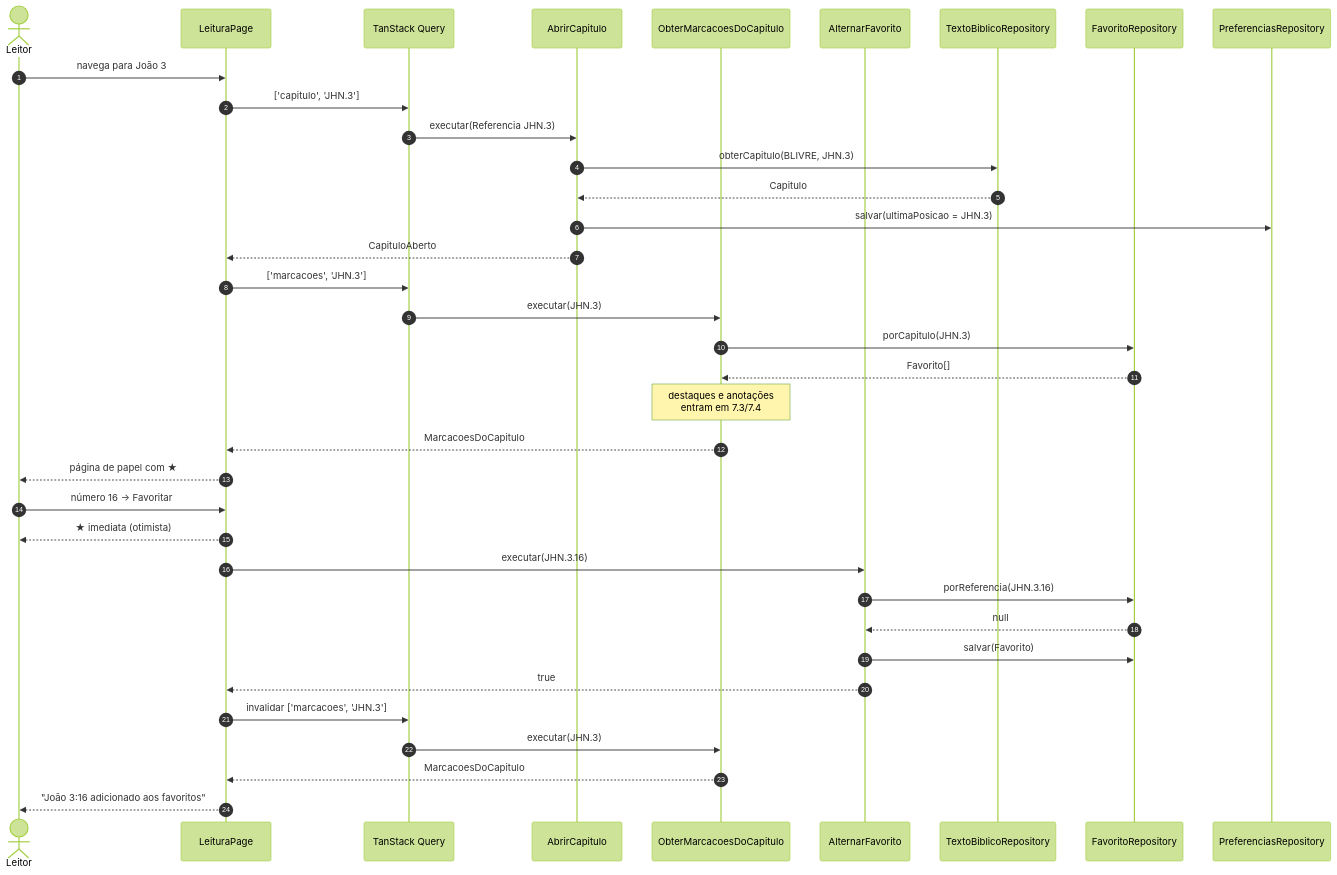
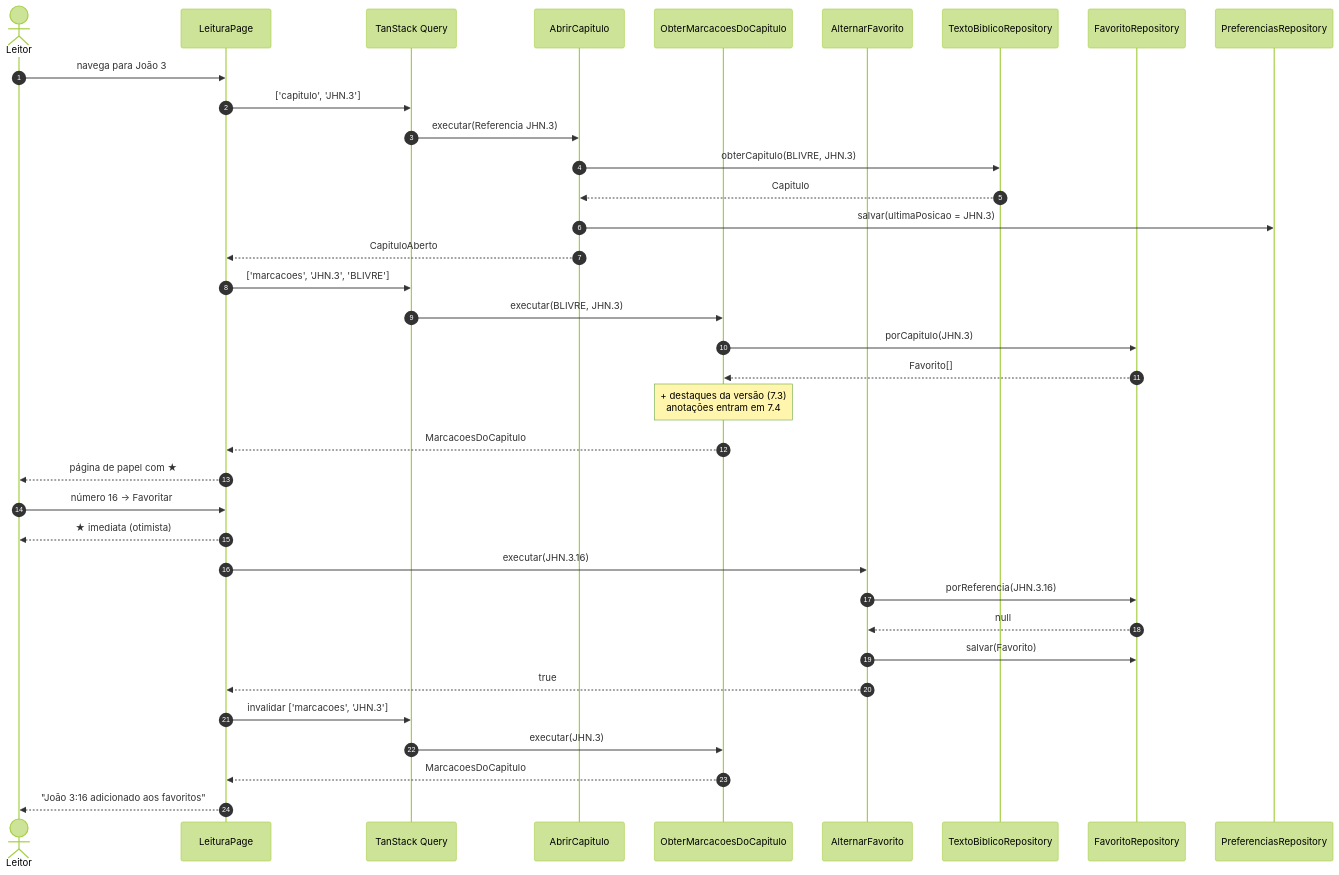
Before and after one commit to edioilha/biblia-app: the fourth of 7 diagrams in docs/06-arquitetura.md, drawn with Mermaid (forest theme). The commit also changed other lines of this file and 5 other files, not shown here.

````diff
--- a/docs/06-arquitetura.md
+++ b/docs/06-arquitetura.md
@@ -148,40 +148,40 @@
 ```mermaid
 sequenceDiagram
     autonumber
     actor L as Leitor
     participant P as LeituraPage
     participant Q as TanStack Query
     participant UC as AbrirCapitulo
     participant M as ObterMarcacoesDoCapitulo
     participant AF as AlternarFavorito
     participant T as TextoBiblicoRepository
     participant F as FavoritoRepository
     participant PR as PreferenciasRepository
 
     L->>P: navega para João 3
     P->>Q: ['capitulo', 'JHN.3']
     Q->>UC: executar(Referencia JHN.3)
     UC->>T: obterCapitulo(BLIVRE, JHN.3)
     T-->>UC: Capitulo
     UC->>PR: salvar(ultimaPosicao = JHN.3)
     UC-->>P: CapituloAberto
-    P->>Q: ['marcacoes', 'JHN.3']
-    Q->>M: executar(JHN.3)
+    P->>Q: ['marcacoes', 'JHN.3', 'BLIVRE']
+    Q->>M: executar(BLIVRE, JHN.3)
     M->>F: porCapitulo(JHN.3)
     F-->>M: Favorito[]
-    Note over M: destaques e anotações<br/>entram em 7.3/7.4
+    Note over M: + destaques da versão (7.3)<br/>anotações entram em 7.4
     M-->>P: MarcacoesDoCapitulo
     P-->>L: página de papel com ★
 
     L->>P: número 16 → Favoritar
     P-->>L: ★ imediata (otimista)
     P->>AF: executar(JHN.3.16)
     AF->>F: porReferencia(JHN.3.16)
     F-->>AF: null
     AF->>F: salvar(Favorito)
     AF-->>P: true
     P->>Q: invalidar ['marcacoes', 'JHN.3']
     Q->>M: executar(JHN.3)
     M-->>P: MarcacoesDoCapitulo
     P-->>L: "João 3:16 adicionado aos favoritos"
 ```
````
